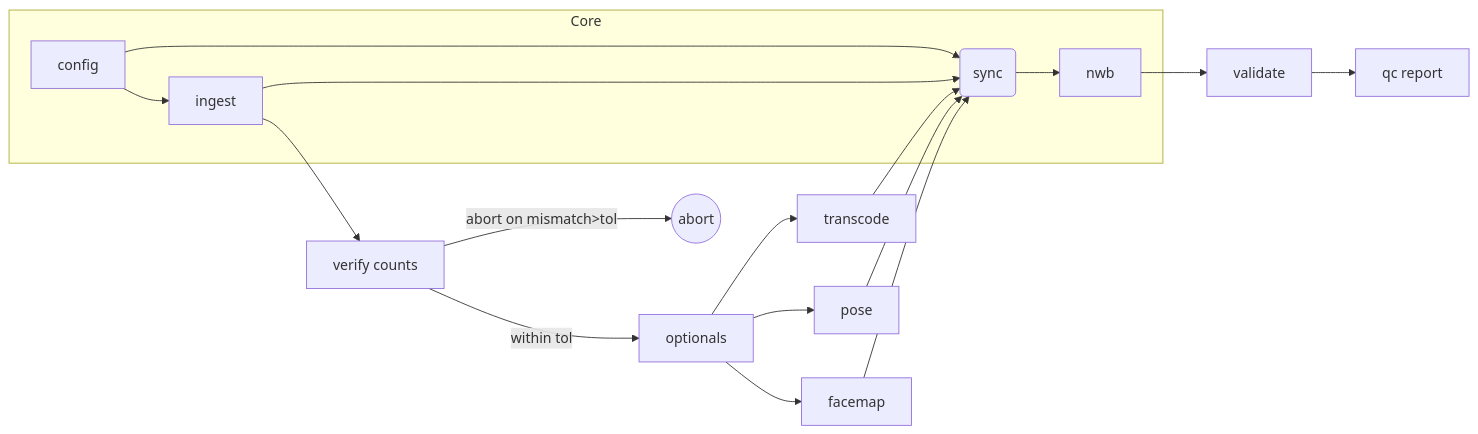
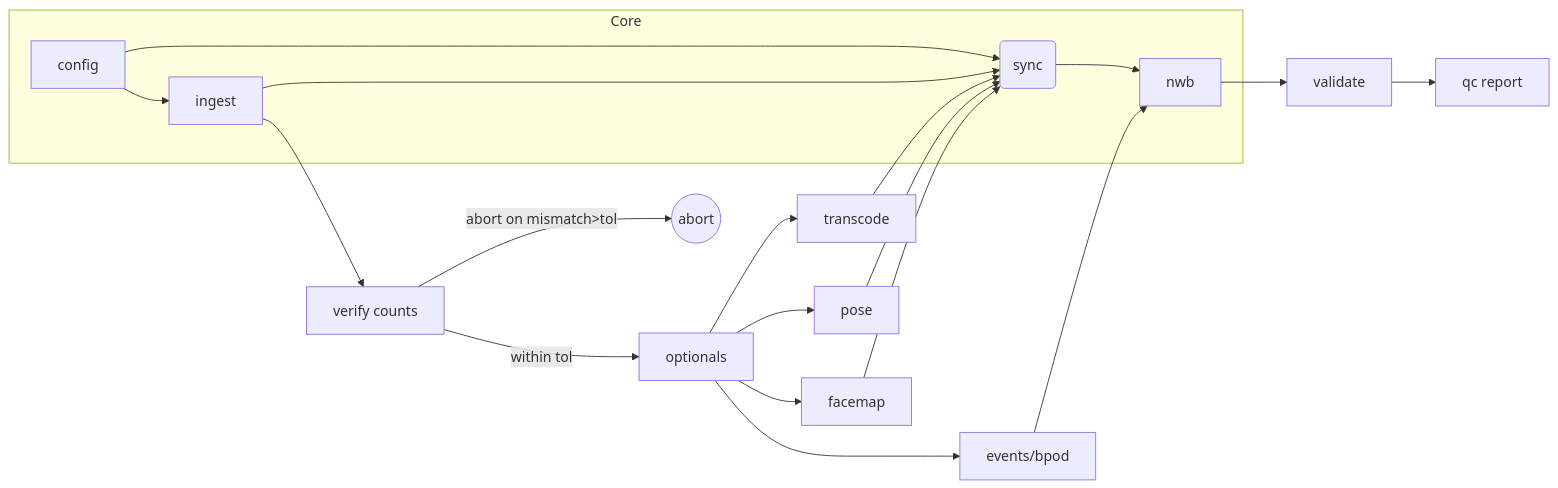
The first of 3 diagrams in design.md (BorjaEst/w2t-bkin), drawn with Mermaid before and after one commit. The commit also changed other lines of this file, not shown here.

Commit message:
feat: Enhance design documentation to include events handling and state diagram updates

````diff
--- a/design.md
+++ b/design.md
@@ -24,20 +24,22 @@
 ```mermaid
 flowchart LR
   subgraph Core
     CFG[config] --> ING[ingest]
     CFG --> SYN(sync)
     ING --> SYN
     SYN --> NWB[nwb]
   end
   ING --> VER[verify counts]
   VER -->|abort on mismatch>tol| X((abort))
   VER -->|within tol| OPT[optionals]
   OPT --> TRN[transcode]
   OPT --> POS[pose]
   OPT --> FAC[facemap]
+  OPT --> EVT[events/bpod]
   TRN --> SYN
   POS --> SYN
   FAC --> SYN
+  EVT --> NWB
   NWB --> VAL[validate]
   VAL --> QC[qc report]
 ```
````
